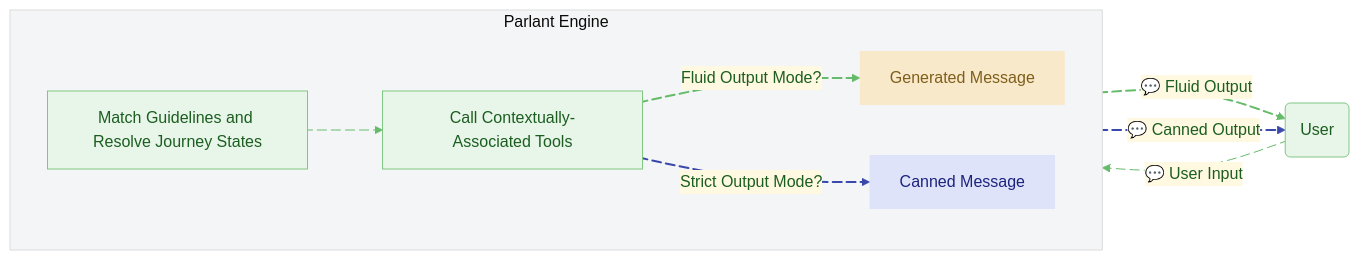
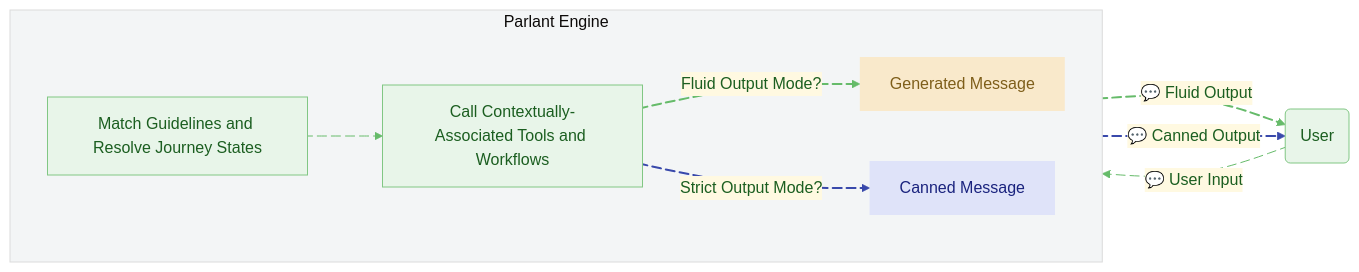
Before and after one commit to groundmuffin/parlant: the second of 2 diagrams in README.md, drawn with Mermaid. The commit also changed other lines of this file, not shown here.

````diff
--- a/README.md
+++ b/README.md
@@ -99,35 +109,35 @@
 ```mermaid
 %%{init: {'theme': 'base', 'themeVariables': {'primaryColor': '#e8f5e9', 'primaryTextColor': '#1b5e20', 'primaryBorderColor': '#81c784', 'lineColor': '#66bb6a', 'secondaryColor': '#fff9e1', 'tertiaryColor': '#F3F5F6'}}}%%
 flowchart LR
     A(User):::outputNode
 
     subgraph Engine["Parlant Engine"]
         direction LR
         B["Match Guidelines and Resolve Journey States"]:::matchNode
-        C["Call Contextually-Associated Tools"]:::toolNode
+        C["Call Contextually-Associated Tools and Workflows"]:::toolNode
         D["Generated Message"]:::composeNode
         E["Canned Message"]:::cannedNode
     end
 
     A a@-->|💬 User Input| B
     B b@--> C
     C c@-->|Fluid Output Mode?| D
     C d@-->|Strict Output Mode?| E
     D e@-->|💬 Fluid Output| A
     E f@-->|💬 Canned Output| A
 
     a@{animate: true}
     b@{animate: true}
     c@{animate: true}
     d@{animate: true}
     e@{animate: true}
     f@{animate: true}
 
     linkStyle 2 stroke-width:2px
     linkStyle 4 stroke-width:2px
     linkStyle 3 stroke-width:2px,stroke:#3949AB
     linkStyle 5 stroke-width:2px,stroke:#3949AB
 
     classDef composeNode fill:#F9E9CB,stroke:#AB8139,stroke-width:2px,color:#7E5E1A,stroke-width:0
     classDef cannedNode fill:#DFE3F9,stroke:#3949AB,stroke-width:2px,color:#1a237e,stroke-width:0
 ```
````
